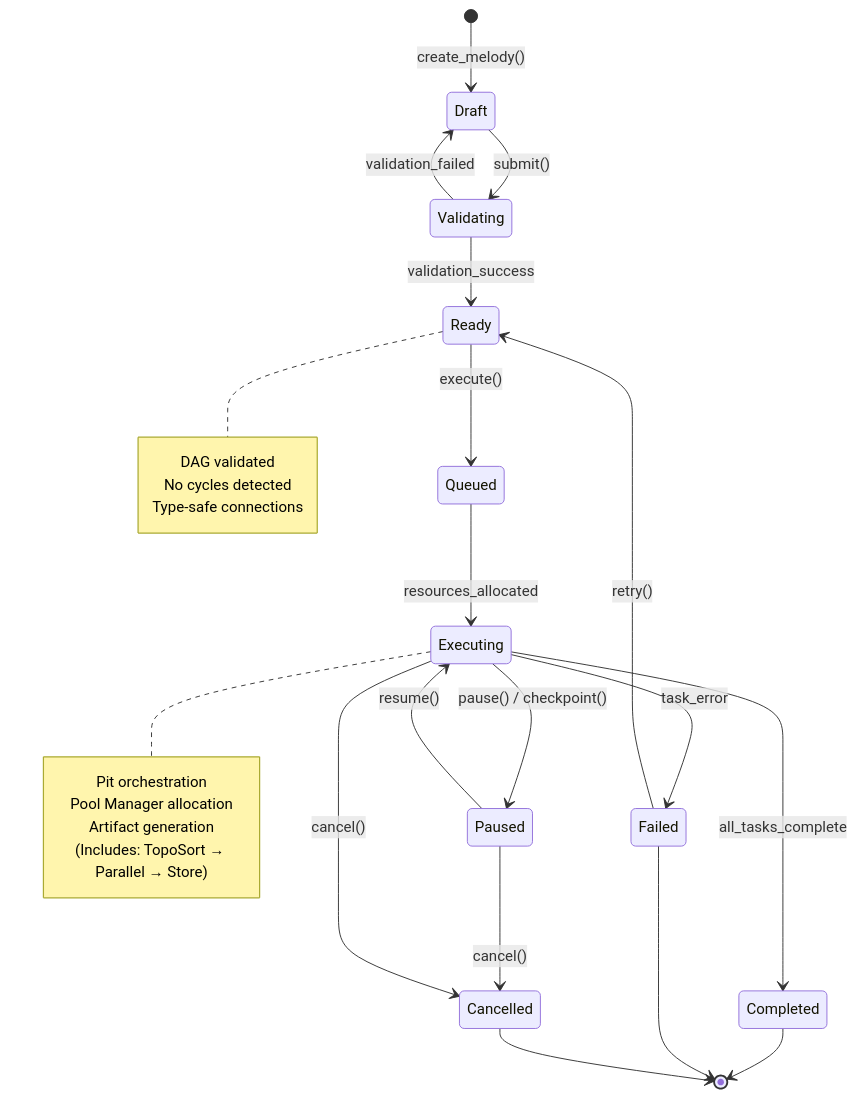
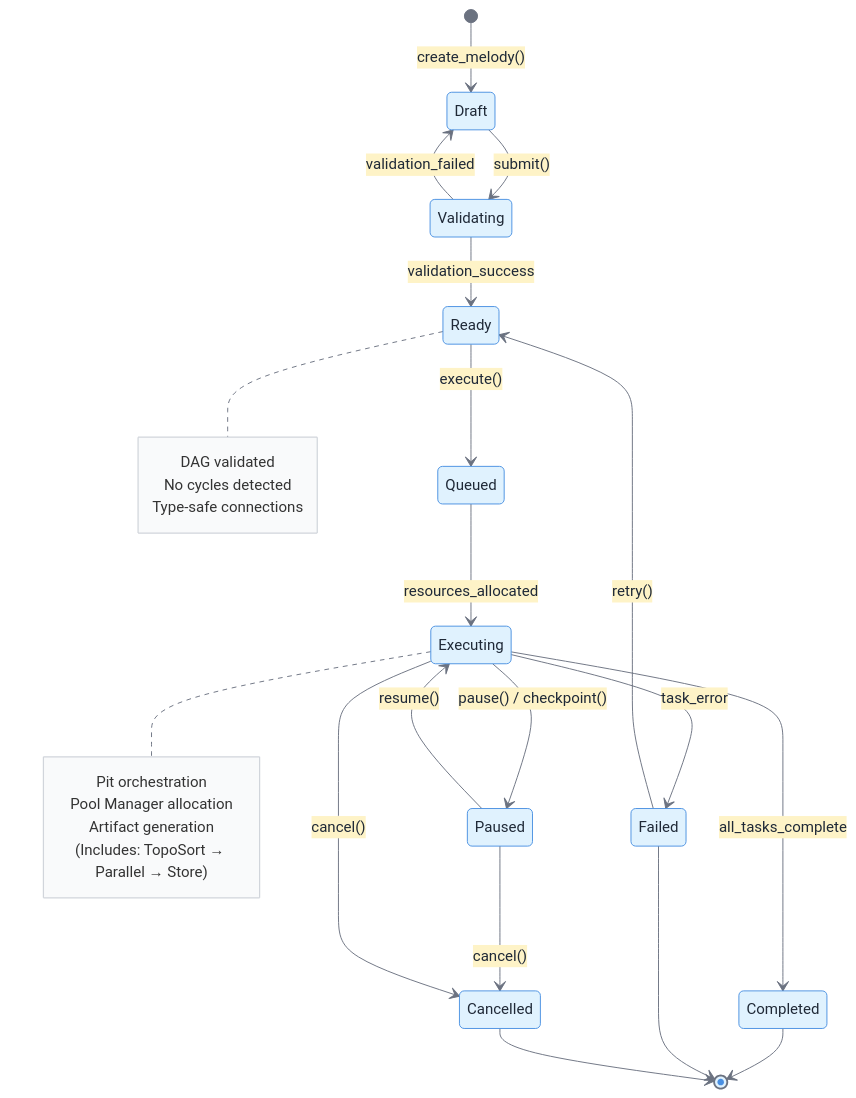
One commit to Symphony-aide/Symphony changed the third of 10 diagrams in STATE_DIAGRAM.md. Above: the diagram before and after it, drawn with Mermaid. The commit also changed other lines of this file and 2 other files, not shown here.

````diff
--- a/STATE_DIAGRAM.md
+++ b/STATE_DIAGRAM.md
@@ -151,37 +153,38 @@
 ```mermaid
+%%{init: {'theme':'base', 'themeVariables': { 'primaryColor':'#e0f2fe', 'primaryTextColor':'#1f2937', 'primaryBorderColor':'#4a90e2', 'lineColor':'#6b7280', 'secondaryColor':'#fef3c7', 'tertiaryColor':'#f0f9ff', 'noteBkgColor':'#f9fafb', 'noteBorderColor':'#d1d5db'}}}%%
 stateDiagram-v2
     [*] --> Draft : create_melody()
 
     Draft --> Validating : submit()
     Validating --> Ready : validation_success
     Validating --> Draft : validation_failed
 
     Ready --> Queued : execute()
     Queued --> Executing : resources_allocated
 
     Executing --> Paused : pause() / checkpoint()
     Paused --> Executing : resume()
     Paused --> Cancelled : cancel()
 
     Executing --> Completed : all_tasks_complete
     Executing --> Failed : task_error
     Executing --> Cancelled : cancel()
 
     Failed --> Ready : retry()
     Completed --> [*]
     Failed --> [*]
     Cancelled --> [*]
 
     note right of Ready
         DAG validated
         No cycles detected
         Type-safe connections
     end note
 
     note right of Executing
         Pit orchestration
         Pool Manager allocation
         Artifact generation
         (Includes: TopoSort → Parallel → Store)
     end note
 ```
````
